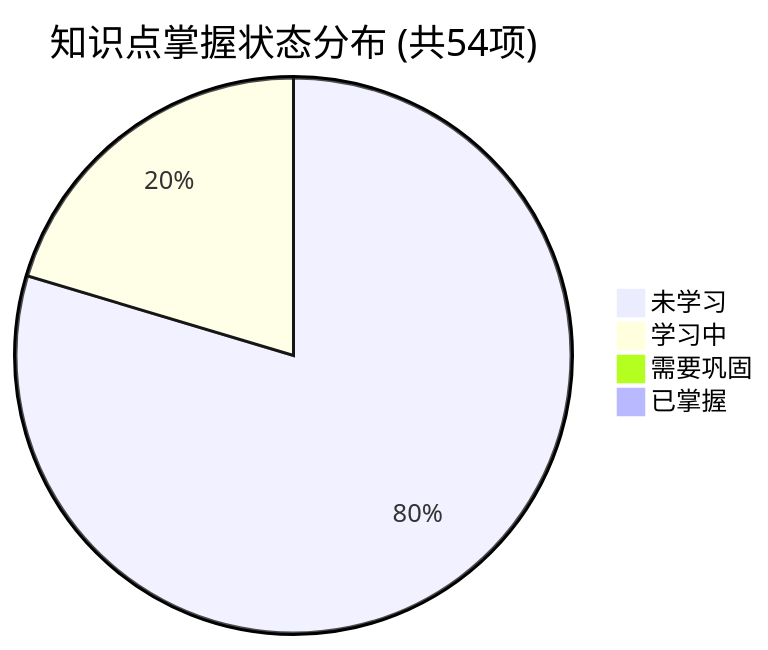
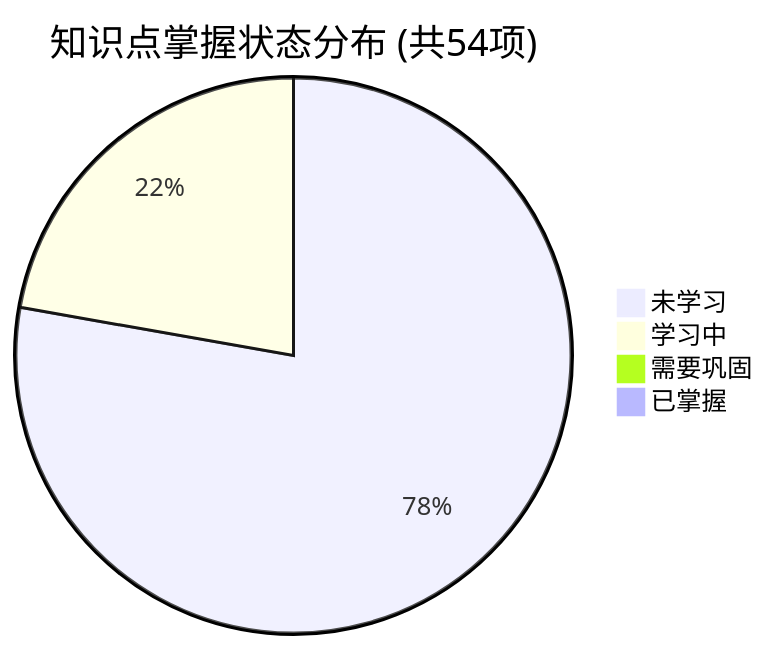
One commit to tieke1121/tech-interview-knowledge-base changed the first of 2 diagrams in PROGRESS.md. Above: the diagram before and after it, drawn with Mermaid. The commit also changed other lines of this file and 1 other file, not shown here.

````diff
--- a/PROGRESS.md
+++ b/PROGRESS.md
@@ -23,7 +23,7 @@
 ```mermaid
 pie title 知识点掌握状态分布 (共54项)
-    "未学习" : 43
-    "学习中" : 11
+    "未学习" : 42
+    "学习中" : 12
     "需要巩固" : 0
     "已掌握" : 0
 ```
````
